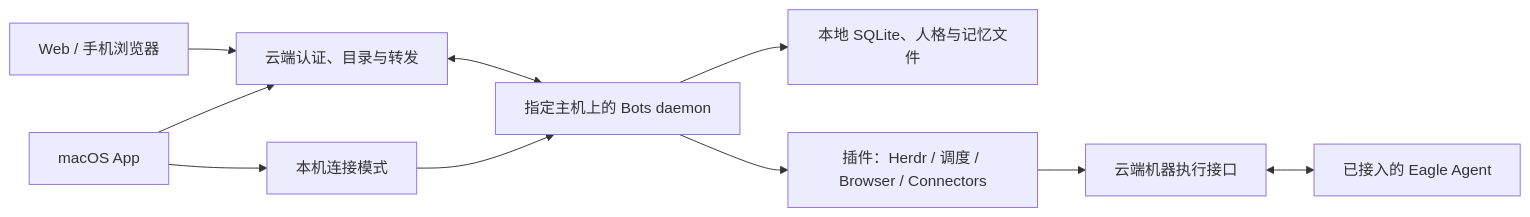
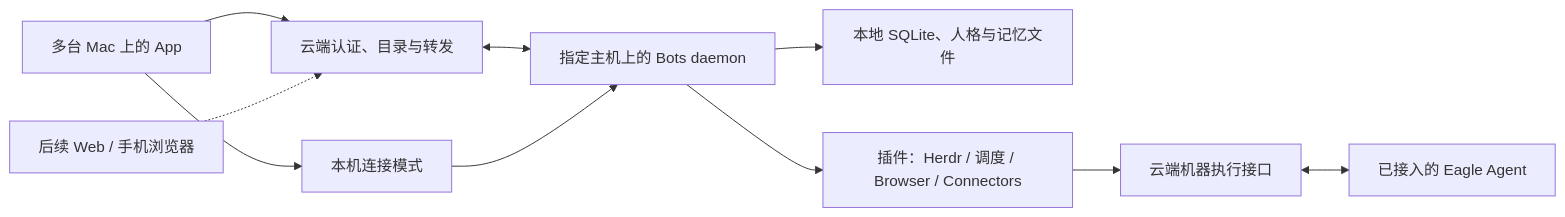
Before and after one commit to MashellHan/eagle: the diagram in docs/bots/DIRECTION.md, drawn with Mermaid. The commit also changed other lines of this file and 2 other files, not shown here.

Commit message:
docs: scope Mac machine management and upstream integration

````diff
--- a/docs/bots/DIRECTION.md
+++ b/docs/bots/DIRECTION.md
@@ -28,12 +38,12 @@
 ```mermaid
 flowchart LR
-  W[Web / 手机浏览器] --> C[云端认证、目录与转发]
-  M[macOS App] --> C
+  M[多台 Mac 上的 App] --> C[云端认证、目录与转发]
+  W[后续 Web / 手机浏览器] -.-> C
   C <--> H[指定主机上的 Bots daemon]
   M --> L[本机连接模式]
   L --> H
   H --> S[本地 SQLite、人格与记忆文件]
   H --> P[插件：Herdr / 调度 / Browser / Connectors]
   P --> X[云端机器执行接口]
   X <--> A[已接入的 Eagle Agent]
 ```
````
